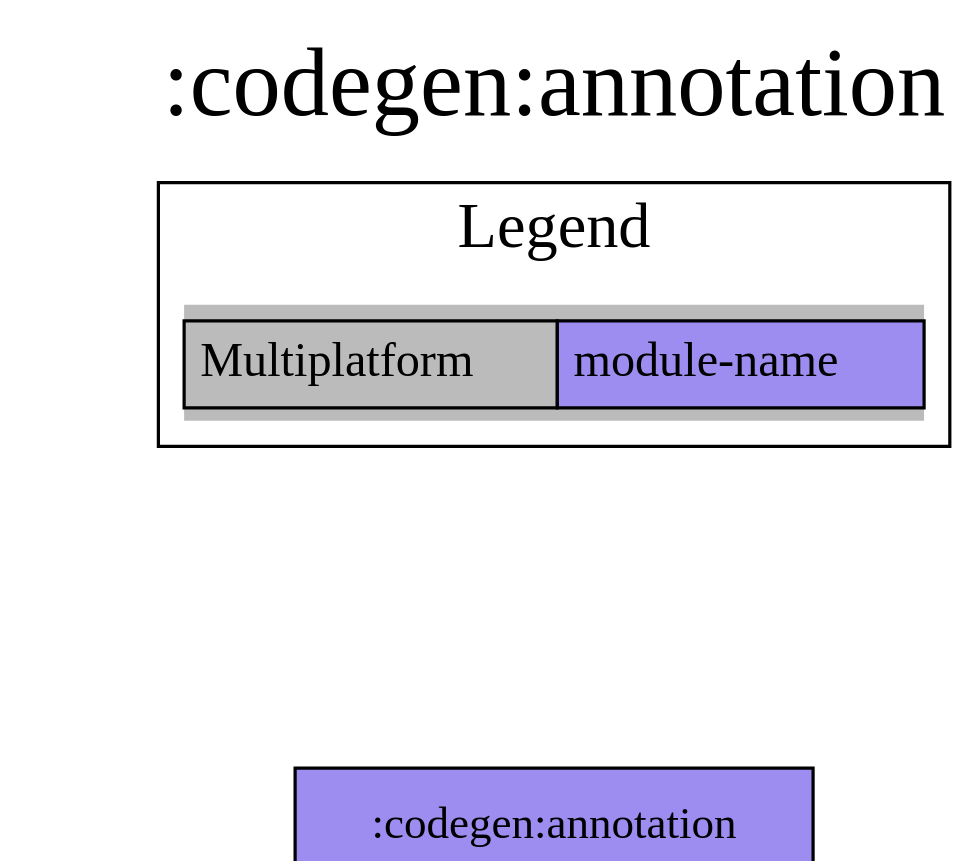
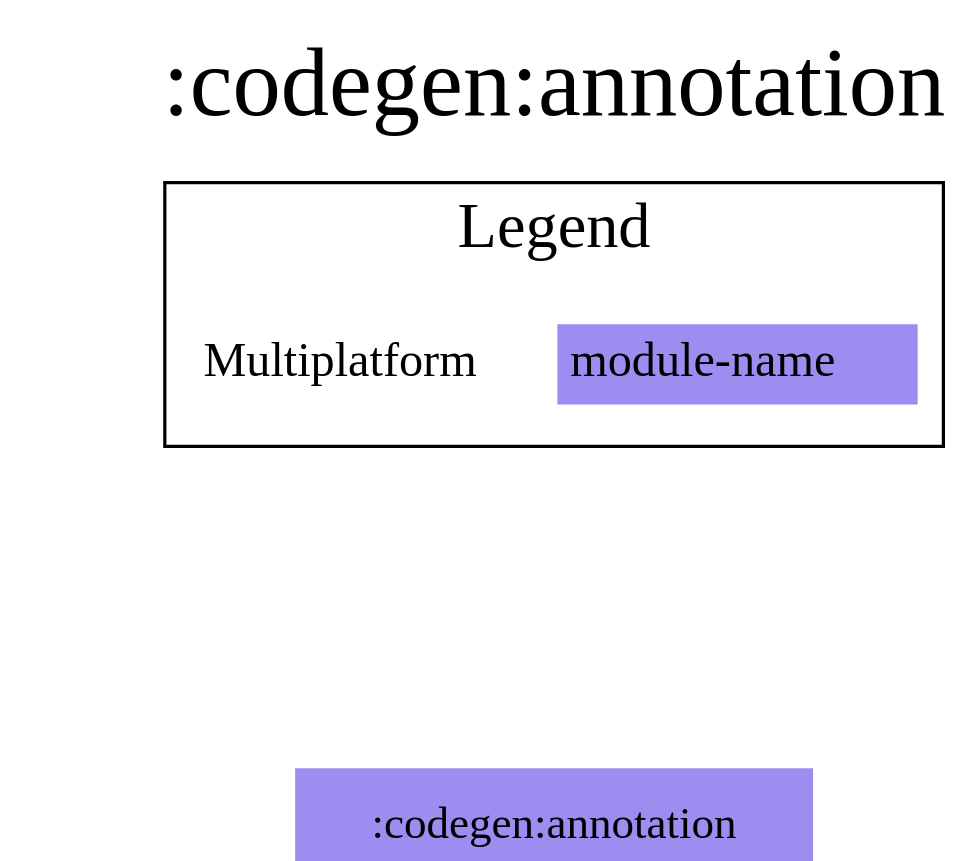
One commit to jonapoul/aktual changed the diagram in modules/codegen/annotation/project-dependency-graph.dot. Above: the diagram before and after it, drawn with Graphviz. The commit also changed 117 other files, not shown here.

Commit message:
Reworked diagrams plugin a bit

```diff
--- a/modules/codegen/annotation/project-dependency-graph.dot
+++ b/modules/codegen/annotation/project-dependency-graph.dot
@@ -1,19 +1,19 @@
 digraph {
 edge ["dir"="forward"]
 graph ["dpi"="100","label"=":codegen:annotation","labelloc"="t","fontsize"="30","ranksep"="1.5","rankdir"="TB"]
 node ["style"="filled"]
-":codegen:annotation" ["fillcolor"="#9D8DF1","shape"="box"]
+":codegen:annotation" ["fillcolor"="#9D8DF1","shape"="none"]
 {
 edge ["dir"="none"]
 graph ["rank"="same"]
 }
 subgraph "cluster_legend" {
 edge ["dir"="none"]
 graph ["label"="Legend","fontsize"="20"]
-"Legend" ["style"="filled","fillcolor"="#bbbbbb","shape"="none","margin"="0","fontsize"="15","label"=<
-<TABLE BORDER="0" CELLBORDER="1" CELLSPACING="0" CELLPADDING="4">
+"Legend" ["style"="filled","fillcolor"="#FFFFFF","shape"="none","margin"="0","fontsize"="15","label"=<
+<TABLE BORDER="0" CELLBORDER="0" CELLSPACING="0" CELLPADDING="4">
 <TR><TD>Multiplatform</TD><TD BGCOLOR="#9D8DF1">module-name</TD></TR>
 </TABLE>
 >]
 } -> ":codegen:annotation" ["style"="invis"]
 }
```
